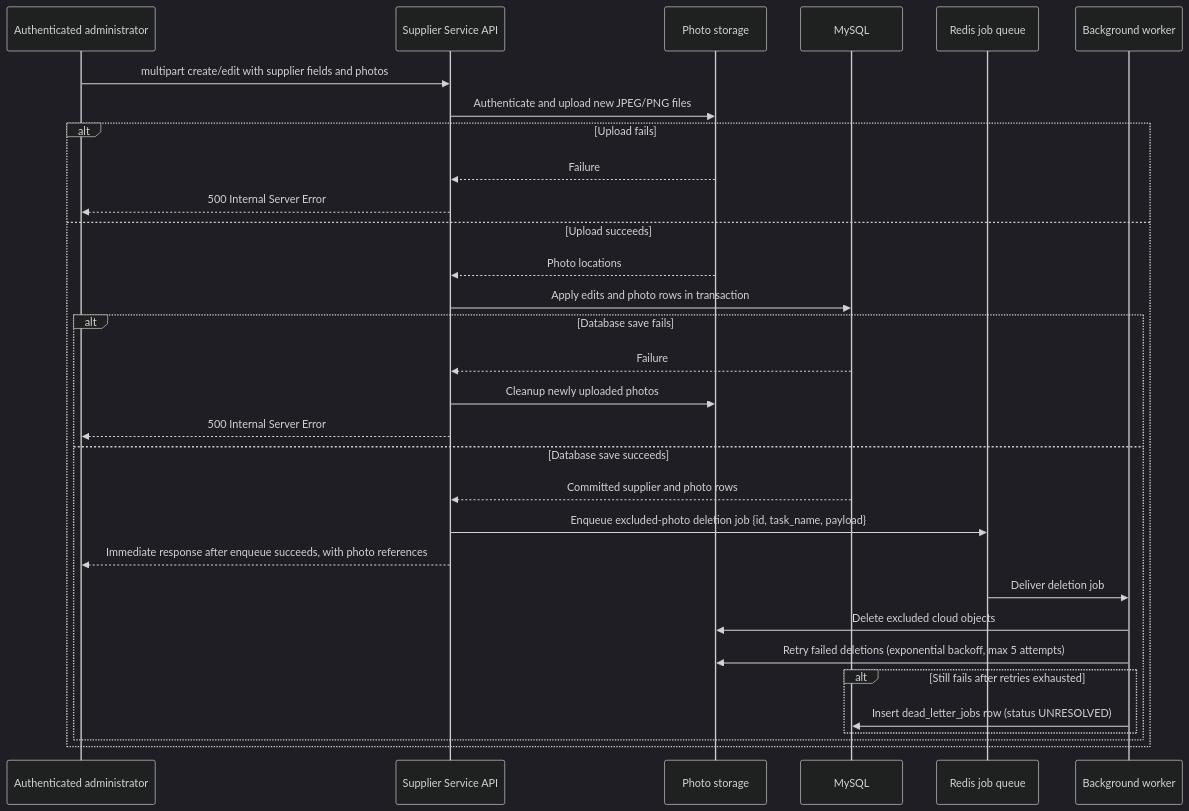
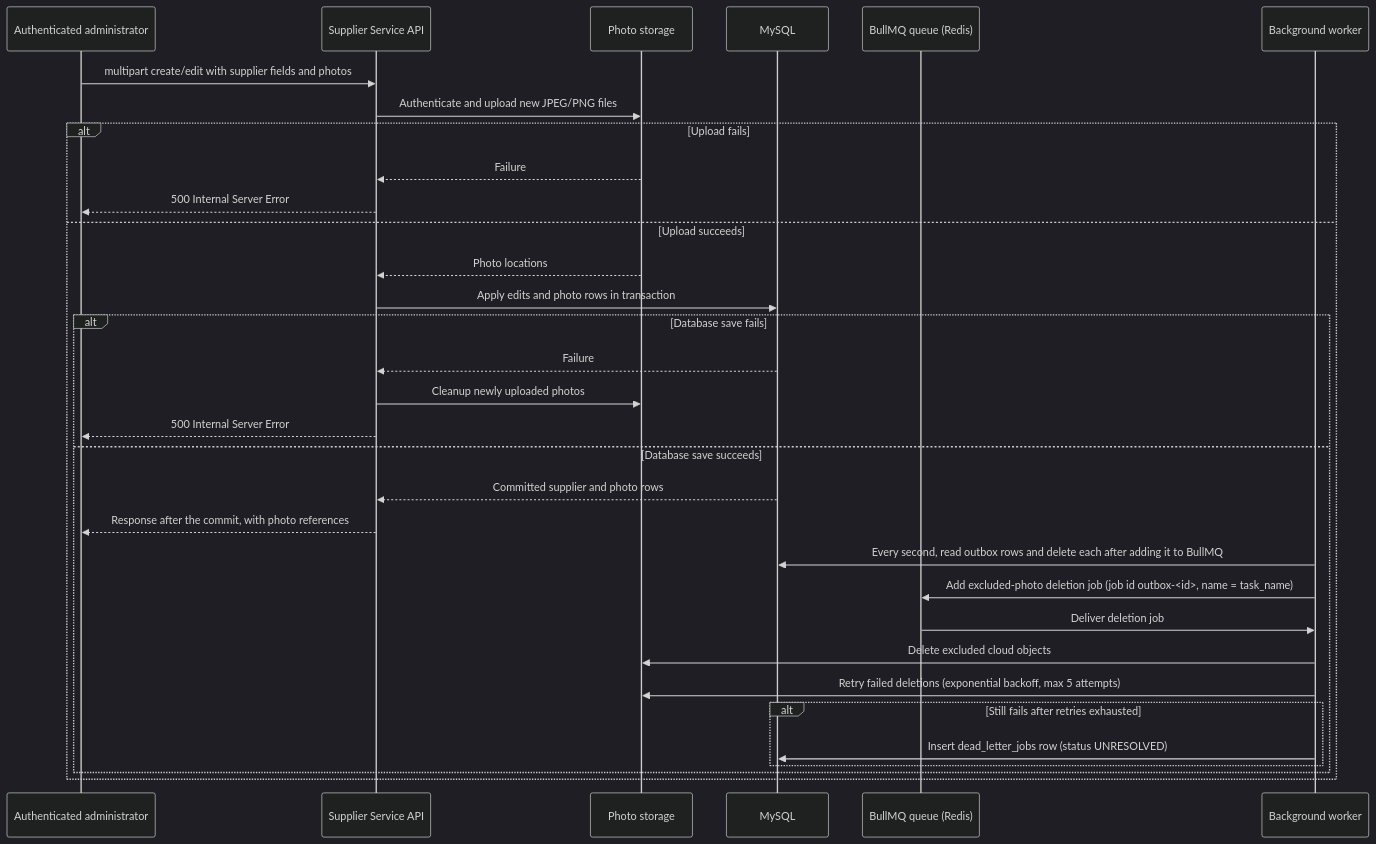
Before and after one commit to AY2627S1-CS3219-P18/FoC: the ninth of 9 diagrams in supplier-service/SupplierServiceArchitecture.md, drawn with Mermaid (dark theme). The commit also changed other lines of this file and 4 other files, not shown here.

Commit message:
docs(supplier-service): document Phase 4 outbox, delete, worker and reactivation and log the implementation

````diff
--- a/supplier-service/SupplierServiceArchitecture.md
+++ b/supplier-service/SupplierServiceArchitecture.md
@@ -1055,34 +1091,35 @@
 ```mermaid
 sequenceDiagram
     participant Admin as Authenticated administrator
     participant API as Supplier Service API
     participant Storage as Photo storage
     participant DB as MySQL
-    participant Redis as Redis job queue
+    participant Redis as BullMQ queue (Redis)
     participant Worker as Background worker
 
     Admin->>API: multipart create/edit with supplier fields and photos
     API->>Storage: Authenticate and upload new JPEG/PNG files
     alt Upload fails
         Storage-->>API: Failure
         API-->>Admin: 500 Internal Server Error
     else Upload succeeds
         Storage-->>API: Photo locations
         API->>DB: Apply edits and photo rows in transaction
         alt Database save fails
             DB-->>API: Failure
             API->>Storage: Cleanup newly uploaded photos
             API-->>Admin: 500 Internal Server Error
         else Database save succeeds
             DB-->>API: Committed supplier and photo rows
-            API->>Redis: Enqueue excluded-photo deletion job {id, task_name, payload}
-            API-->>Admin: Immediate response after enqueue succeeds, with photo references
+            API-->>Admin: Response after the commit, with photo references
+            Worker->>DB: Every second, read outbox rows and delete each after adding it to BullMQ
+            Worker->>Redis: Add excluded-photo deletion job (job id outbox-<id>, name = task_name)
             Redis->>Worker: Deliver deletion job
             Worker->>Storage: Delete excluded cloud objects
             Worker->>Storage: Retry failed deletions (exponential backoff, max 5 attempts)
             alt Still fails after retries exhausted
                 Worker->>DB: Insert dead_letter_jobs row (status UNRESOLVED)
             end
         end
     end
 ```
````
